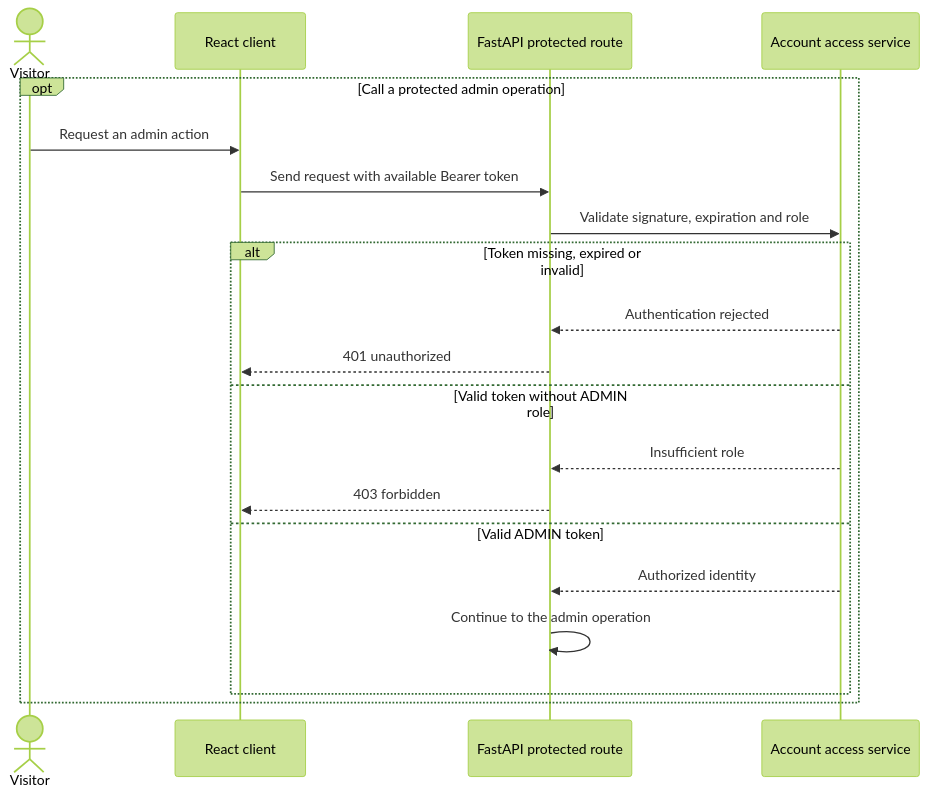
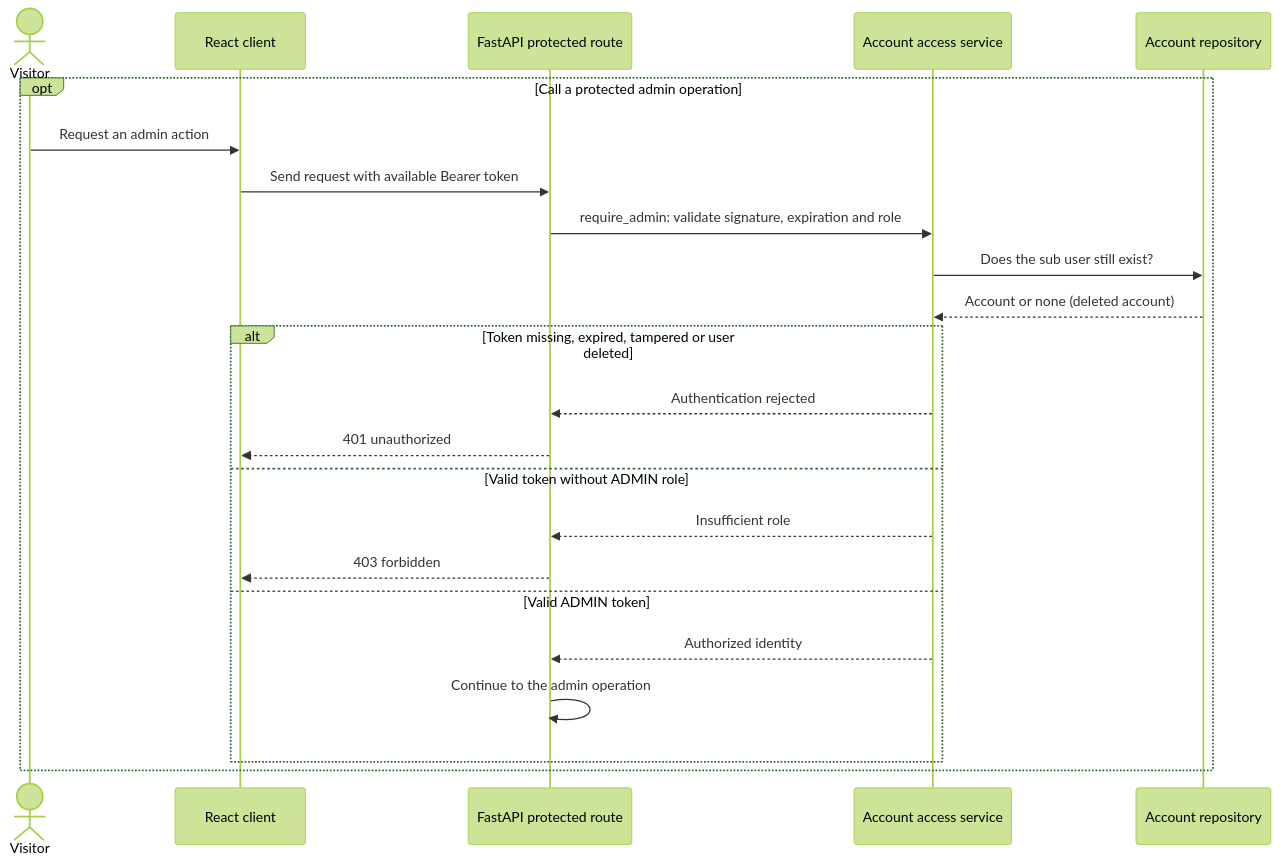
The third of 4 diagrams in docs/design/sequence/sign-in.md (akcedia/SmartLoo), drawn with Mermaid (forest theme) before and after one commit. The commit also changed other lines of this file and 4 other files, not shown here.

First line of the commit message:
docs(design): complete FR-08 sign-in flows and review ownership 403 (#38)

````diff
--- a/docs/design/sequence/sign-in.md
+++ b/docs/design/sequence/sign-in.md
@@ -64,23 +71,26 @@
 ```mermaid
 sequenceDiagram
     actor Visitor
     participant UI as React client
     participant API as FastAPI protected route
     participant Auth as Account access service
+    participant Accounts as Account repository
 
     opt Call a protected admin operation
         Visitor->>UI: Request an admin action
         UI->>API: Send request with available Bearer token
-        API->>Auth: Validate signature, expiration and role
-        alt Token missing, expired or invalid
+        API->>Auth: require_admin: validate signature, expiration and role
+        Auth->>Accounts: Does the sub user still exist?
+        Accounts-->>Auth: Account or none (deleted account)
+        alt Token missing, expired, tampered or user deleted
             Auth-->>API: Authentication rejected
             API-->>UI: 401 unauthorized
         else Valid token without ADMIN role
             Auth-->>API: Insufficient role
             API-->>UI: 403 forbidden
         else Valid ADMIN token
             Auth-->>API: Authorized identity
             API->>API: Continue to the admin operation
         end
     end
 ```
````
